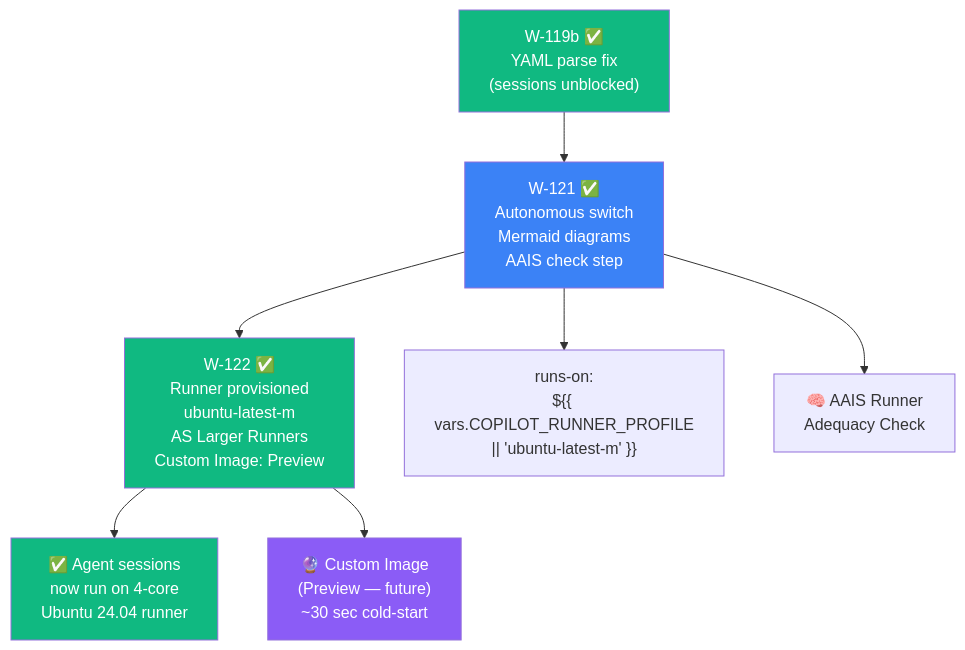
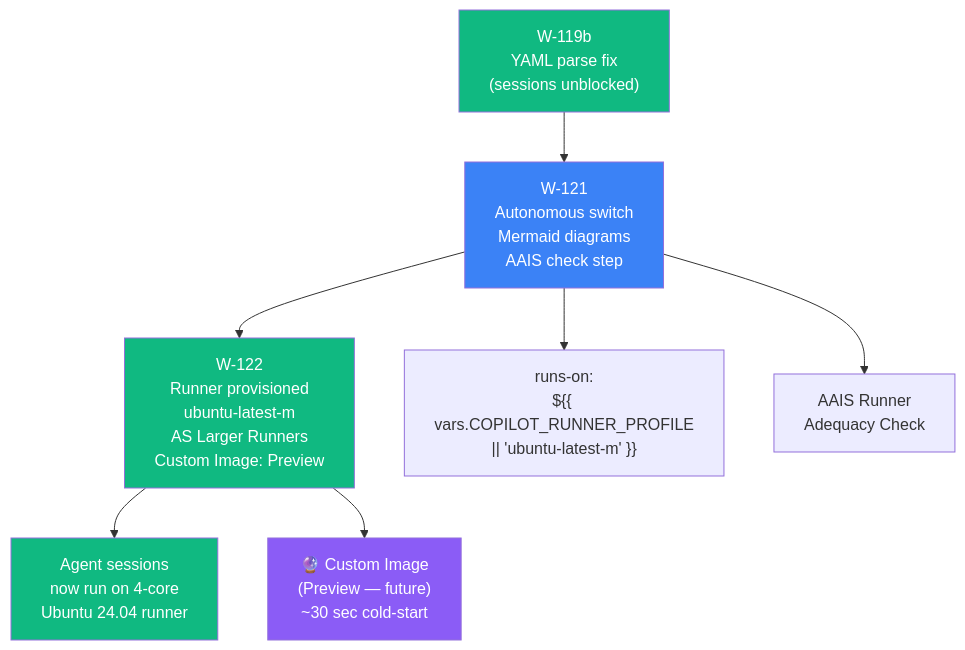
One commit to Aries-Serpent/_codex_ changed the eighth of 8 diagrams in docs/plans/larger-runners-upgrade.md. Above: the diagram before and after it, drawn with Mermaid. The commit also changed other lines of this file and 2029 other files, not shown here.

````diff
--- a/docs/plans/larger-runners-upgrade.md
+++ b/docs/plans/larger-runners-upgrade.md
@@ -377,18 +379,18 @@
 ```mermaid
-%%{init: {'accessibility': {'title': 'Flowchart showing "W-119b ✅\nYAML parse fix\n(sessions unblocked)", "W-121 ✅\nAutonomous switch\nMermaid diagrams\nAAIS check step"'}}%%
+%%{init: {'accessibility': {'title': 'Flowchart showing "W-119b \nYAML parse fix\n(sessions unblocked)", "W-121 \nAutonomous switch\nMermaid diagrams\nAAIS check step"'}}%%
 graph TD
-    W119B["W-119b ✅\nYAML parse fix\n(sessions unblocked)"] --> W121
-    W121["W-121 ✅\nAutonomous switch\nMermaid diagrams\nAAIS check step"] --> W122
-    W122["W-122 ✅\nRunner provisioned\nubuntu-latest-m\nAS Larger Runners\nCustom Image: Preview"]
+    W119B["W-119b \nYAML parse fix\n(sessions unblocked)"] --> W121
+    W121["W-121 \nAutonomous switch\nMermaid diagrams\nAAIS check step"] --> W122
+    W122["W-122 \nRunner provisioned\nubuntu-latest-m\nAS Larger Runners\nCustom Image: Preview"]
 
     W121 --> RO["runs-on:\n${{ vars.COPILOT_RUNNER_PROFILE\n|| 'ubuntu-latest-m' }}"]
-    W121 --> AC["🧠 AAIS Runner\nAdequacy Check"]
-    W122 --> LIVE["✅ Agent sessions\nnow run on 4-core\nUbuntu 24.04 runner"]
+    W121 --> AC[" AAIS Runner\nAdequacy Check"]
+    W122 --> LIVE[" Agent sessions\nnow run on 4-core\nUbuntu 24.04 runner"]
     W122 --> CI["🔮 Custom Image\n(Preview — future)\n~30 sec cold-start"]
 
     style W119B fill:#10b981,color:#fff
     style W121 fill:#3b82f6,color:#fff
     style W122 fill:#10b981,color:#fff
     style LIVE fill:#10b981,color:#fff
     style CI fill:#8b5cf6,color:#fff
 ```
````
